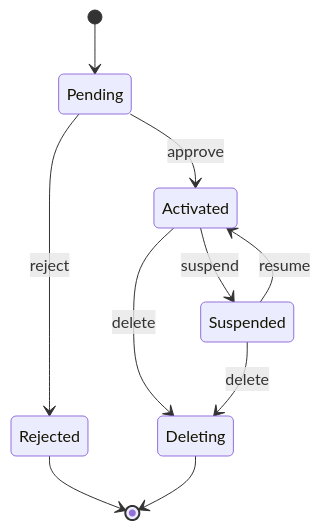
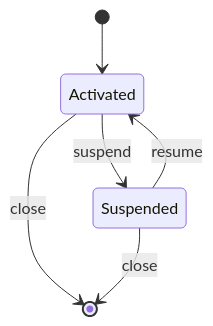
The fourth of 7 diagrams in smartcontract/README.md (malbeclabs/doublezero), drawn with Mermaid before and after one commit. The commit also changed other lines of this file and 24 other files, not shown here.

````diff
--- a/smartcontract/README.md
+++ b/smartcontract/README.md
@@ -187,13 +180,9 @@
 ```mermaid
 stateDiagram-v2
-    [*] --> Pending
-    Pending --> Activated: approve
-    Pending --> Rejected: reject
+    [*] --> Activated
     Activated --> Suspended: suspend
-    Activated --> Deleting: delete
     Suspended --> Activated: resume
-    Suspended --> Deleting: delete
-    Rejected --> [*]
-    Deleting --> [*]
+    Activated --> [*]: close
+    Suspended --> [*]: close
 
 ```
````
